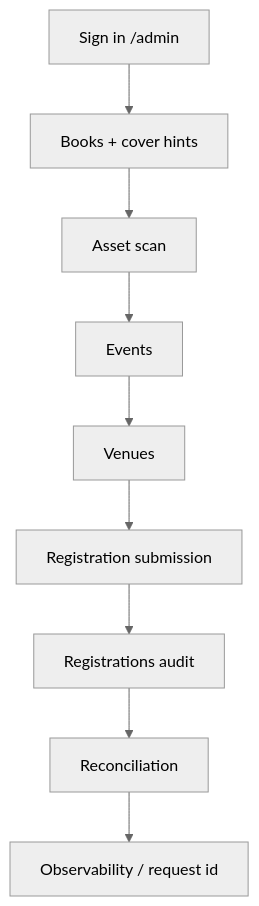
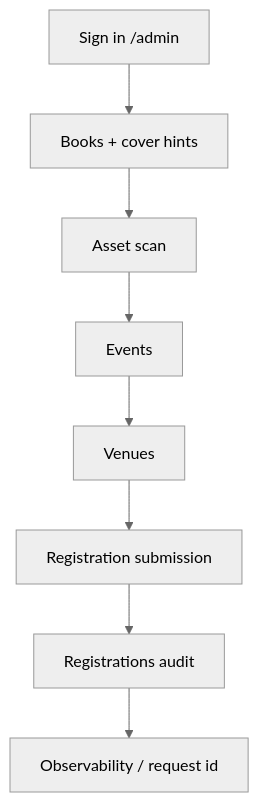
The diagram in docs/admin-validation-runbook.md (pwen0329/book-digest-web), drawn with Mermaid (neutral theme) before and after one commit. The commit also changed other lines of this file and 21 other files, not shown here.

````diff
--- a/docs/admin-validation-runbook.md
+++ b/docs/admin-validation-runbook.md
@@ -15,11 +14,10 @@
 ```mermaid
 flowchart TD
   A[Sign in /admin] --> B[Books + cover hints]
   B --> C[Asset scan]
   C --> D[Events]
   D --> E[Venues]
   E --> F[Registration submission]
   F --> G[Registrations audit]
-  G --> H[Reconciliation]
-  H --> I[Observability / request id]
+  G --> H[Observability / request id]
 ```
````
